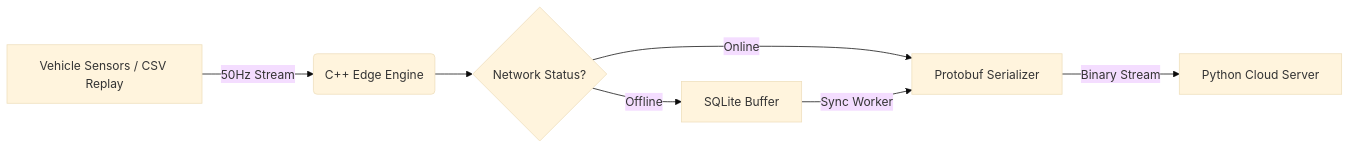
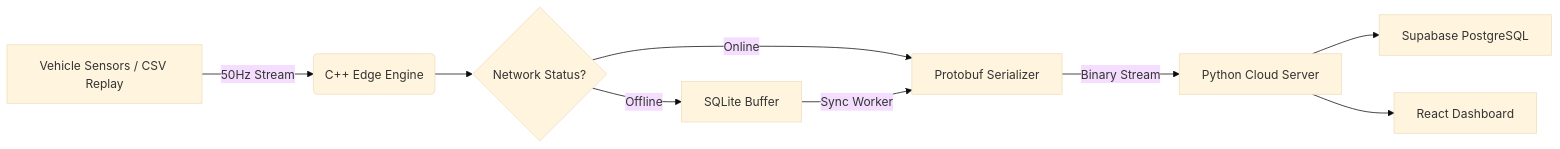
The diagram in README.md (ssrajadh/Fault-Tolerant-Tesla-Telemetry-System), drawn with Mermaid (base theme) before and after one commit. The commit also changed other lines of this file and 19 other files, not shown here.

````diff
--- a/README.md
+++ b/README.md
@@ -17,9 +18,11 @@
 ```mermaid
 graph LR
     A[Vehicle Sensors / CSV Replay] -->|50Hz Stream| B(C++ Edge Engine)
     B --> C{Network Status?}
     C -- Offline --> D[SQLite Buffer]
     C -- Online --> E[Protobuf Serializer]
     D -->|Sync Worker| E
     E -->|Binary Stream| F[Python Cloud Server]
+    F --> G[Supabase PostgreSQL]
+    F --> H[React Dashboard]
 ```
````
